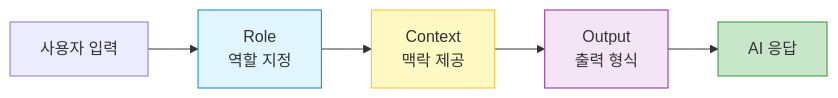
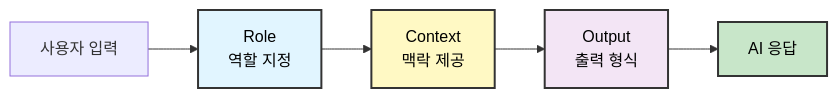
One commit to seo-jinseok/GitHub-Copilot-Guide changed the eighth of 17 diagrams in dist/University_Copilot_Guide_Complete_KO.md. Above: the diagram before and after it, drawn with Mermaid. The commit also changed other lines of this file, not shown here.

Commit message:
docs: mermaid 그림 색상 수정

````diff
--- a/dist/University_Copilot_Guide_Complete_KO.md
+++ b/dist/University_Copilot_Guide_Complete_KO.md
@@ -558,12 +558,12 @@
 ```mermaid
 flowchart LR
     A[사용자 입력] --> B[Role<br/>역할 지정]
     B --> C[Context<br/>맥락 제공]
     C --> D[Output<br/>출력 형식]
     D --> E[AI 응답]
     
-    style B fill:#e1f5ff,stroke:#0288d1
-    style C fill:#fff9c4,stroke:#fbc02d
-    style D fill:#f3e5f5,stroke:#8e24aa
-    style E fill:#c8e6c9,stroke:#388e3c
+    style B fill:#e1f5ff,stroke:#333,stroke-width:2px,color:#000
+    style C fill:#fff9c4,stroke:#333,stroke-width:2px,color:#000
+    style D fill:#f3e5f5,stroke:#333,stroke-width:2px,color:#000
+    style E fill:#c8e6c9,stroke:#333,stroke-width:2px,color:#000
 ```
````
